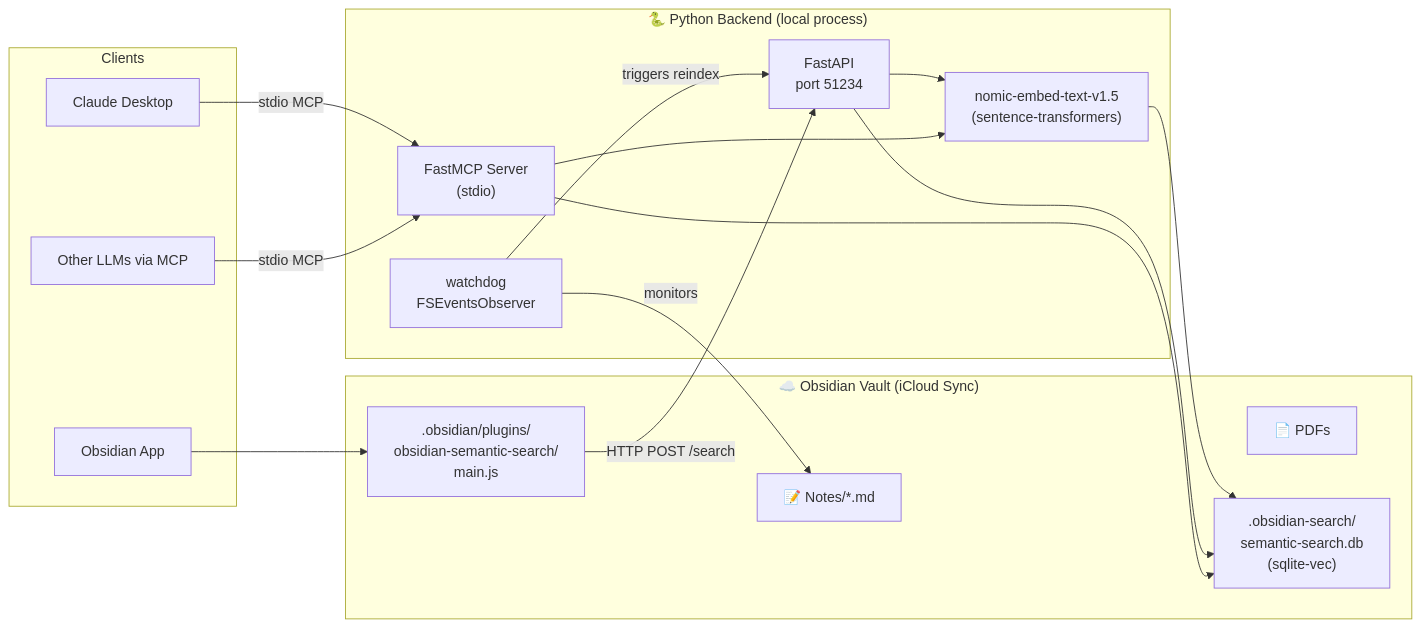
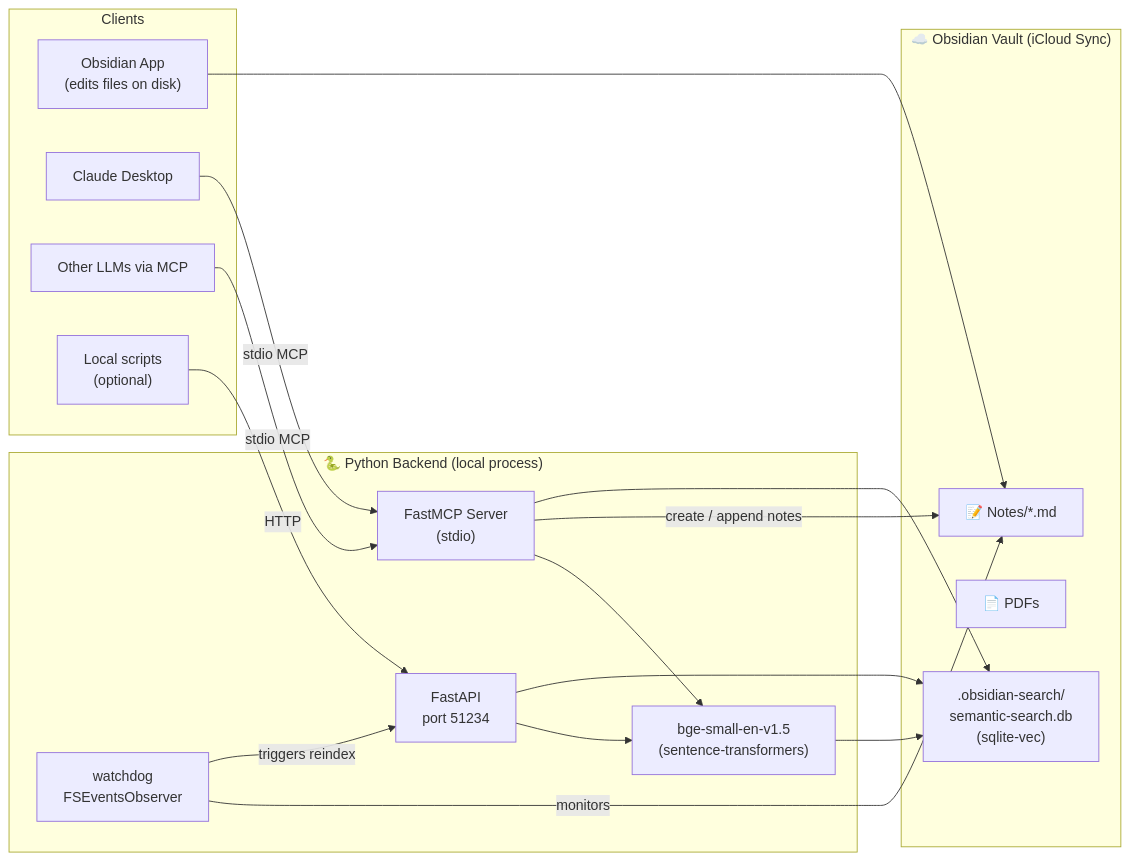
One commit to unnitin/obsidian-mcp changed the first of 6 diagrams in docs/userflows.md. Above: the diagram before and after it, drawn with Mermaid. The commit also changed other lines of this file and 47 other files, not shown here.

````diff
--- a/docs/userflows.md
+++ b/docs/userflows.md
@@ -11,34 +11,35 @@
 ```mermaid
 graph LR
     subgraph iCloud ["☁️ Obsidian Vault (iCloud Sync)"]
         Notes["📝 Notes/*.md"]
         PDFs["📄 PDFs"]
         DB[".obsidian-search/<br/>semantic-search.db<br/>(sqlite-vec)"]
-        Plugin[".obsidian/plugins/<br/>obsidian-semantic-search/<br/>main.js"]
     end
 
     subgraph Backend ["🐍 Python Backend (local process)"]
         API["FastAPI<br/>port 51234"]
         MCP_SRV["FastMCP Server<br/>(stdio)"]
-        Embedder["nomic-embed-text-v1.5<br/>(sentence-transformers)"]
+        Embedder["bge-small-en-v1.5<br/>(sentence-transformers)"]
         Watcher["watchdog<br/>FSEventsObserver"]
     end
 
     subgraph Clients ["Clients"]
-        Obsidian["Obsidian App"]
+        Obsidian["Obsidian App<br/>(edits files on disk)"]
         Claude["Claude Desktop"]
         LLMs["Other LLMs via MCP"]
+        Scripts["Local scripts<br/>(optional)"]
     end
 
-    Obsidian --> Plugin
-    Plugin -->|"HTTP POST /search"| API
+    Obsidian --> Notes
+    Scripts -->|"HTTP"| API
     Claude -->|"stdio MCP"| MCP_SRV
     LLMs -->|"stdio MCP"| MCP_SRV
     API --> Embedder
     MCP_SRV --> Embedder
+    MCP_SRV -->|"create / append notes"| Notes
     Embedder --> DB
     Watcher -->|"monitors"| Notes
     Watcher -->|"triggers reindex"| API
     API --> DB
     MCP_SRV --> DB
 ```
````
